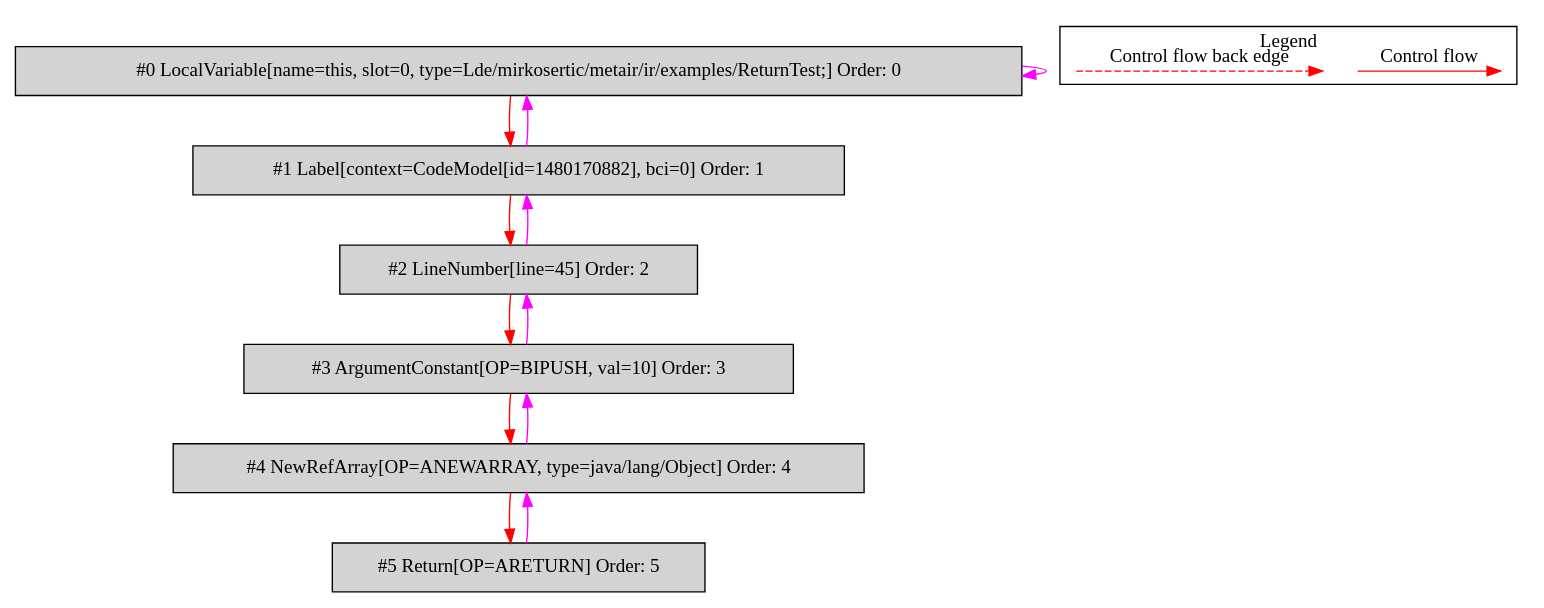
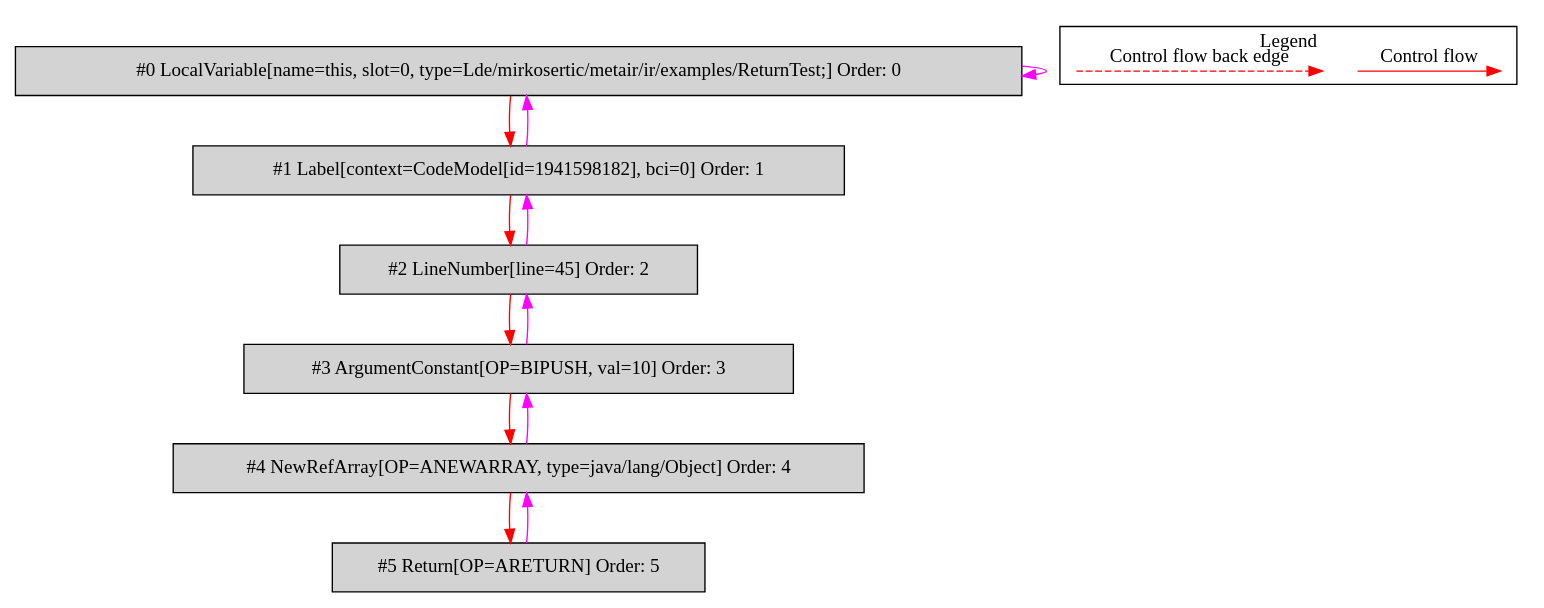
The diagram in de.mirkosertic.metair.ir.examples.ReturnTest/returnArray/bytecodecfg.dot (mirkosertic/MetaIR), drawn with Graphviz before and after one commit. The commit also changed 540 other files, not shown here.

```diff
--- a/de.mirkosertic.metair.ir.examples.ReturnTest/returnArray/bytecodecfg.dot
+++ b/de.mirkosertic.metair.ir.examples.ReturnTest/returnArray/bytecodecfg.dot
@@ -1,34 +1,34 @@
 digraph {
  ordering="in";
  node0[label="#0 LocalVariable[name=this, slot=0, type=Lde/mirkosertic/metair/ir/examples/ReturnTest;] Order: 0", shape=box, fillcolor=lightgrey, style=filled];
- node1[label="#1 Label[context=CodeModel[id=1480170882], bci=0] Order: 1", shape=box, fillcolor=lightgrey, style=filled];
+ node1[label="#1 Label[context=CodeModel[id=1941598182], bci=0] Order: 1", shape=box, fillcolor=lightgrey, style=filled];
  node2[label="#2 LineNumber[line=45] Order: 2", shape=box, fillcolor=lightgrey, style=filled];
  node3[label="#3 ArgumentConstant[OP=BIPUSH, val=10] Order: 3", shape=box, fillcolor=lightgrey, style=filled];
  node4[label="#4 NewRefArray[OP=ANEWARRAY, type=java/lang/Object] Order: 4", shape=box, fillcolor=lightgrey, style=filled];
  node5[label="#5 Return[OP=ARETURN] Order: 5", shape=box, fillcolor=lightgrey, style=filled];
  node0 -> node0[color=fuchsia];
  node0 -> node1[color=red];
  node1 -> node0[color=fuchsia];
  node1 -> node2[color=red];
  node2 -> node1[color=fuchsia];
  node2 -> node3[color=red];
  node3 -> node2[color=fuchsia];
  node3 -> node4[color=red];
  node4 -> node3[color=fuchsia];
  node4 -> node5[color=red];
  node5 -> node4[color=fuchsia];
  subgraph cluster_000 {
   label = "Legend";
   node [shape=point]
   {
    rank=same;
    c0 [style = invis];
    c1 [style = invis];
    c2 [style = invis];
    c3 [style = invis];
   }
   c0 -> c1 [label="Control flow", style=solid, color=red]
   c2 -> c3 [label="Control flow back edge", style=dashed, color=red]
  }
 
 }
```
